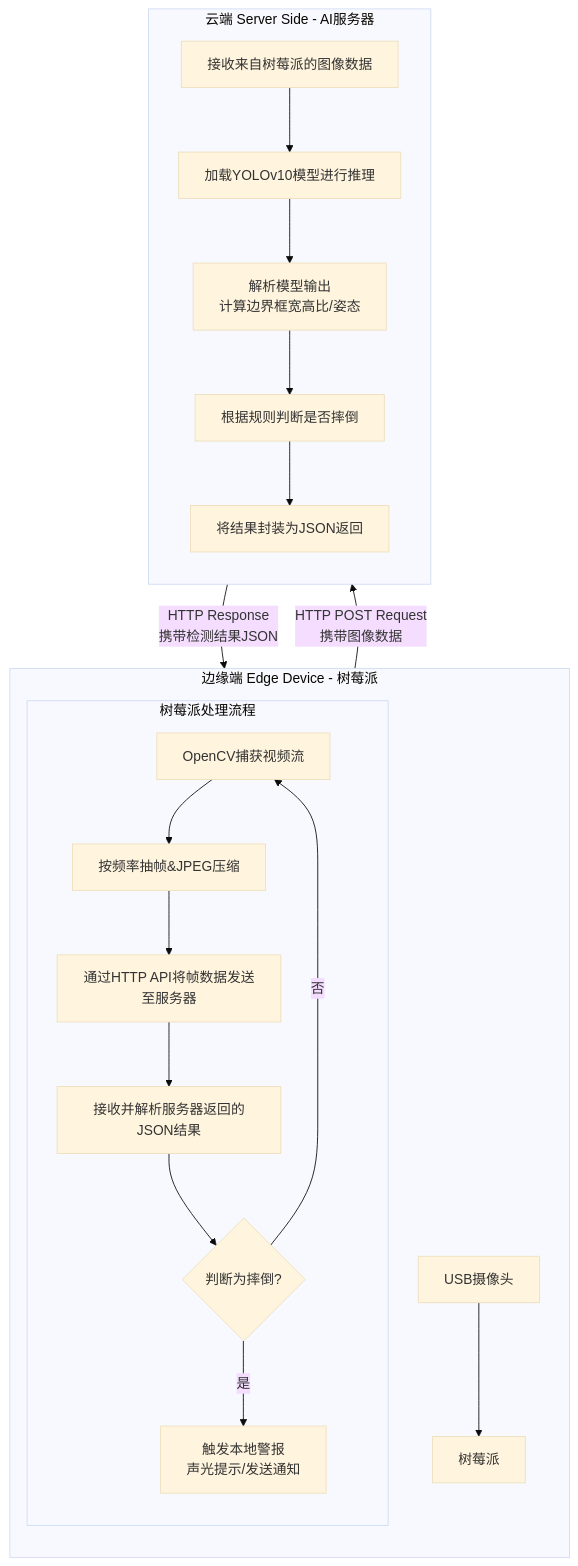
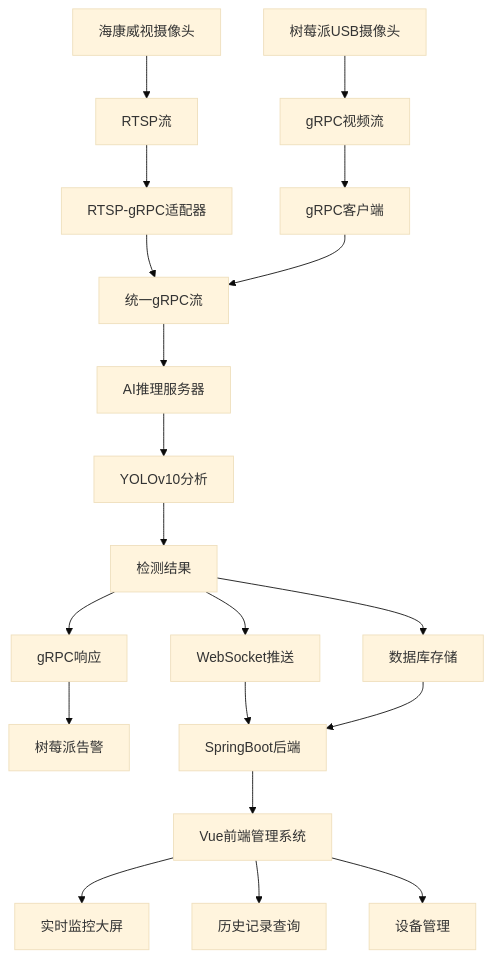
One commit to zpskt/Keen changed the first of 2 diagrams in README.md. Above: the diagram before and after it, drawn with Mermaid (base theme). The commit also changed other lines of this file and 9 other files, not shown here.

````diff
--- a/README.md
+++ b/README.md
@@ -46,26 +46,28 @@
 ```mermaid
-flowchart TD
-    subgraph A [边缘端 Edge Device - 树莓派]
-        direction TB
-        A1[USB摄像头] --> A2[树莓派]
-        subgraph A2_Process [树莓派处理流程]
-            A21[OpenCV捕获视频流] --> A22[按频率抽帧&JPEG压缩]
-            A22 --> A23[通过HTTP API将帧数据发送至服务器]
-            A23 --> A24[接收并解析服务器返回的JSON结果]
-            A24 --> A25{判断为摔倒?}
-            A25 -- 是 --> A26[触发本地警报<br>声光提示/发送通知]
-            A25 -- 否 --> A21
-        end
-    end
-
-    subgraph B [云端 Server Side - AI服务器]
-        direction TB
-        B1[接收来自树莓派的图像数据] --> B2[加载YOLOv10模型进行推理]
-        B2 --> B3[解析模型输出<br>计算边界框宽高比/姿态]
-        B3 --> B4[根据规则判断是否摔倒]
-        B4 --> B5[将结果封装为JSON返回]
-    end
-
-    A23 -- HTTP POST Request<br>携带图像数据 --> B1
-    B5 -- HTTP Response<br>携带检测结果JSON --> A24
+graph TD
+    A[海康威视摄像头] --> B[RTSP流]
+    C[树莓派USB摄像头] --> D[gRPC视频流]
+    
+    B --> E[RTSP-gRPC适配器]
+    D --> F[gRPC客户端]
+    
+    E --> G[统一gRPC流]
+    F --> G
+    
+    G --> H[AI推理服务器]
+    H --> I[YOLOv10分析]
+    
+    I --> J[检测结果]
+    J --> K[gRPC响应]
+    J --> L[WebSocket推送]
+    J --> M[数据库存储]
+    
+    K --> N[树莓派告警]
+    L --> O[SpringBoot后端]
+    M --> O
+    
+    O --> P[Vue前端管理系统]
+    P --> Q[实时监控大屏]
+    P --> R[历史记录查询]
+    P --> S[设备管理]
 ```
````
